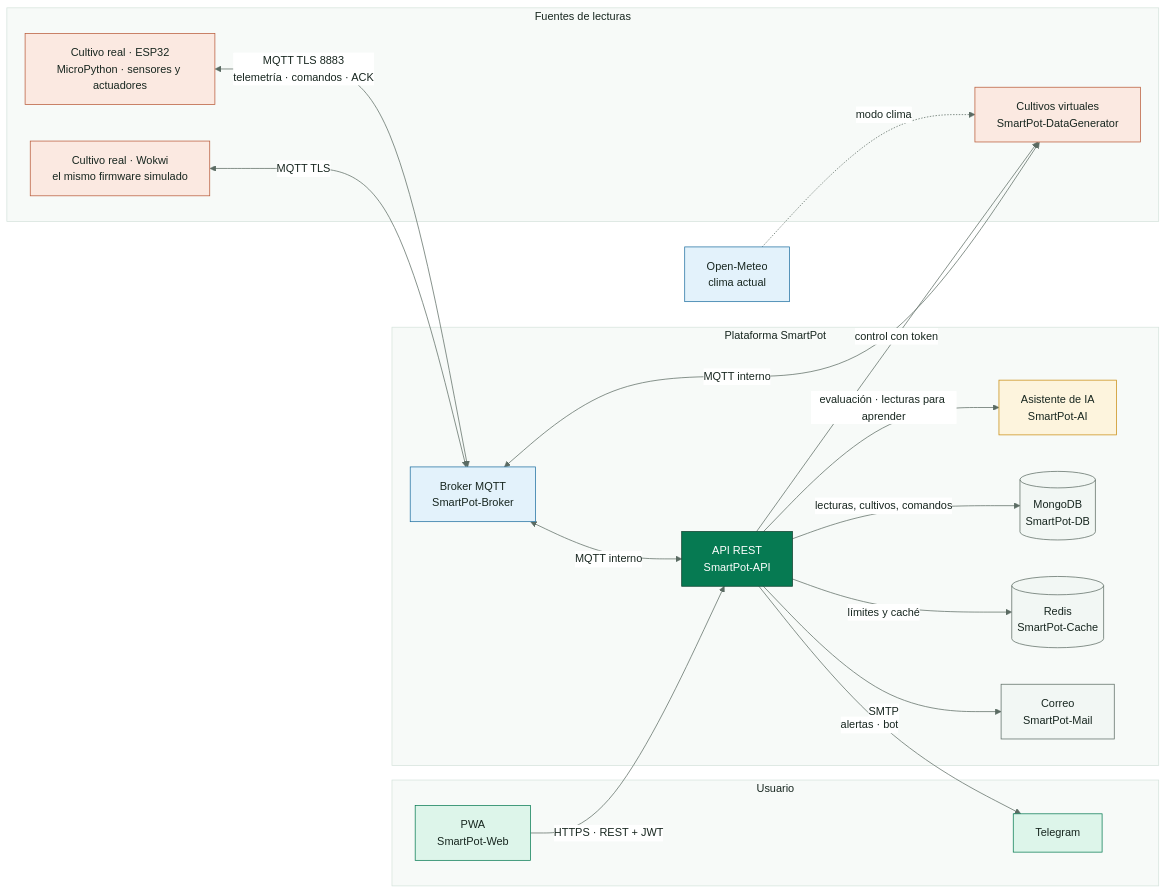
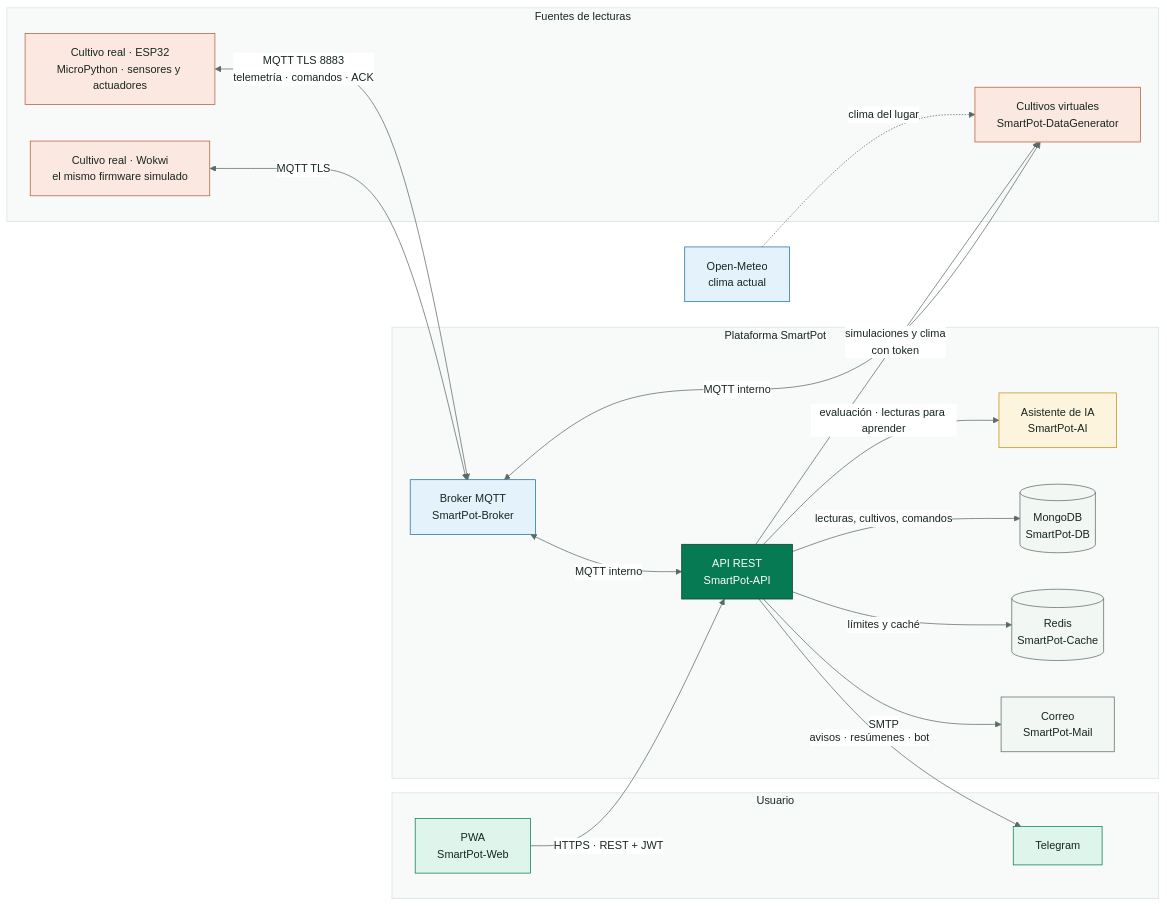
One commit to SmartPotTech/.github changed the first of 14 diagrams in docs/SmartPot_Technical_Documentation.md. Above: the diagram before and after it, drawn with Mermaid. The commit also changed other lines of this file, not shown here.

````diff
--- a/docs/SmartPot_Technical_Documentation.md
+++ b/docs/SmartPot_Technical_Documentation.md
@@ -80,46 +84,46 @@
 ```mermaid
 %%{init: {"theme": "base", "fontFamily": "Segoe UI, Arial, sans-serif", "themeVariables": {"fontFamily": "Segoe UI, Arial, sans-serif", "fontSize": "15px", "primaryColor": "#DDF5EA", "primaryTextColor": "#17261F", "primaryBorderColor": "#067A52", "secondaryColor": "#E3F2FB", "secondaryTextColor": "#17261F", "secondaryBorderColor": "#1F6FA0", "tertiaryColor": "#F2F7F4", "tertiaryTextColor": "#17261F", "tertiaryBorderColor": "#D5E3DC", "lineColor": "#5B6B63", "textColor": "#17261F", "mainBkg": "#DDF5EA", "nodeBorder": "#067A52", "clusterBkg": "#F7FAF8", "clusterBorder": "#D5E3DC", "edgeLabelBackground": "#FFFFFF", "actorBkg": "#067A52", "actorBorder": "#0B3D2B", "actorTextColor": "#FFFFFF", "actorLineColor": "#5B6B63", "signalColor": "#17261F", "signalTextColor": "#17261F", "labelBoxBkgColor": "#0B3D2B", "labelBoxBorderColor": "#0B3D2B", "labelTextColor": "#FFFFFF", "loopTextColor": "#0B3D2B", "noteBkgColor": "#FDF4DD", "noteBorderColor": "#C98D12", "noteTextColor": "#17261F", "activationBkgColor": "#DDF5EA", "activationBorderColor": "#067A52", "attributeBackgroundColorOdd": "#FFFFFF", "attributeBackgroundColorEven": "#F2F7F4"}}}%%
 flowchart LR
   subgraph campo["Fuentes de lecturas"]
     maceta["Cultivo real · ESP32<br/>MicroPython · sensores y actuadores"]
     wokwi["Cultivo real · Wokwi<br/>el mismo firmware simulado"]
     sim["Cultivos virtuales<br/>SmartPot-DataGenerator"]
   end
   subgraph usuario["Usuario"]
     pwa["PWA<br/>SmartPot-Web"]
     tg["Telegram"]
   end
   subgraph plataforma["Plataforma SmartPot"]
     broker["Broker MQTT<br/>SmartPot-Broker"]
     api["API REST<br/>SmartPot-API"]
     ai["Asistente de IA<br/>SmartPot-AI"]
     db[("MongoDB<br/>SmartPot-DB")]
     cache[("Redis<br/>SmartPot-Cache")]
     mail["Correo<br/>SmartPot-Mail"]
   end
   clima["Open-Meteo<br/>clima actual"]
   maceta <-->|"MQTT TLS 8883<br/>telemetría · comandos · ACK"| broker
   wokwi <-->|"MQTT TLS"| broker
   sim <-->|"MQTT interno"| broker
-  clima -.->|"modo clima"| sim
+  clima -.->|"clima del lugar"| sim
   broker <-->|"MQTT interno"| api
   pwa -->|"HTTPS · REST + JWT"| api
-  api -->|"control con token"| sim
+  api -->|"simulaciones y clima<br/>con token"| sim
   api -->|"evaluación · lecturas para aprender"| ai
   api -->|"lecturas, cultivos, comandos"| db
   api -->|"límites y caché"| cache
   api -->|"SMTP"| mail
-  api -->|"alertas · bot"| tg
+  api -->|"avisos · resúmenes · bot"| tg
   classDef device fill:#FBE9E1,stroke:#B85A38,color:#17261F
   classDef edge fill:#E3F2FB,stroke:#1F6FA0,color:#17261F
   classDef core fill:#067A52,stroke:#0B3D2B,color:#FFFFFF
   classDef data fill:#F2F7F4,stroke:#5B6B63,color:#17261F
   classDef brain fill:#FDF4DD,stroke:#C98D12,color:#17261F
   classDef app fill:#DDF5EA,stroke:#067A52,color:#17261F
   class maceta,wokwi,sim device
   class broker,clima edge
   class api core
   class db,cache,mail data
   class ai brain
   class pwa,tg app
 ```
````
